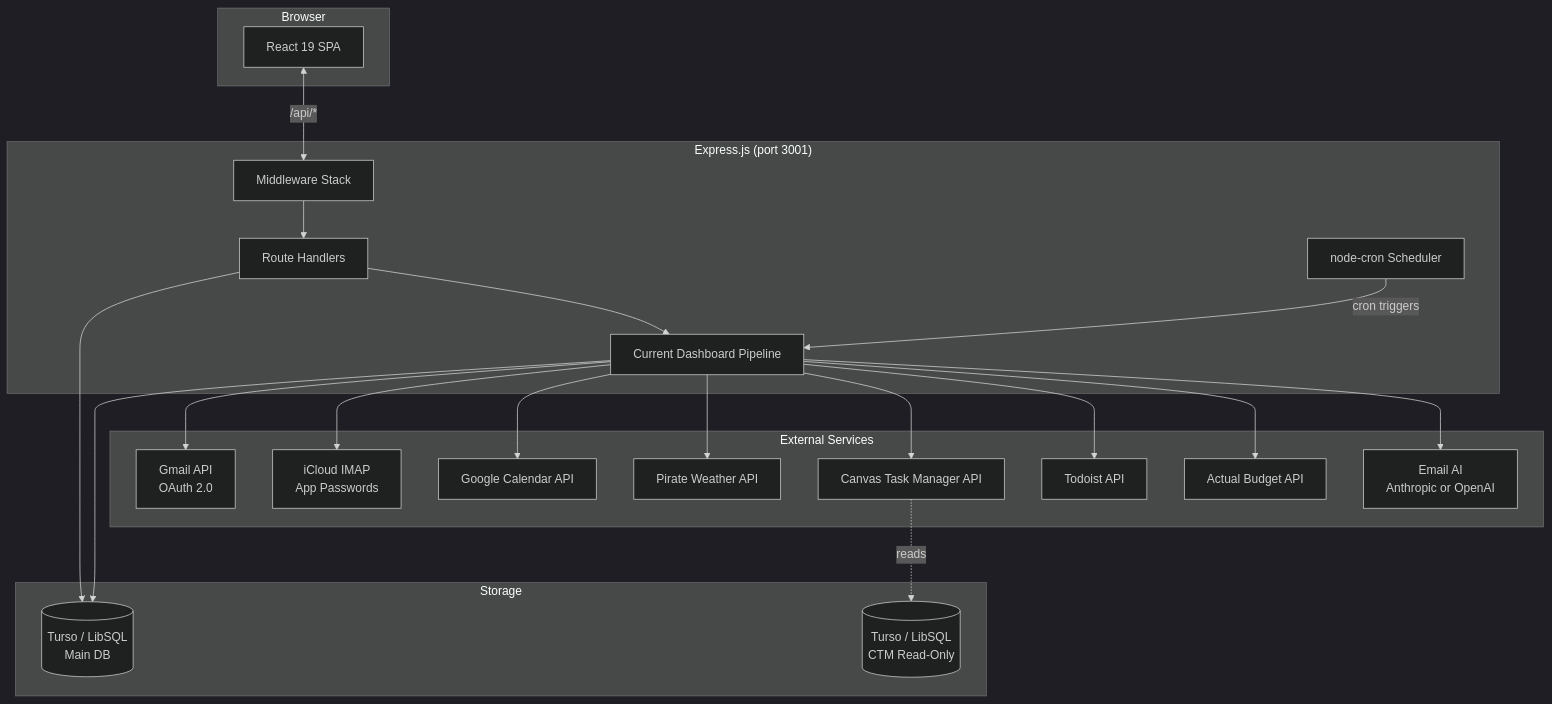
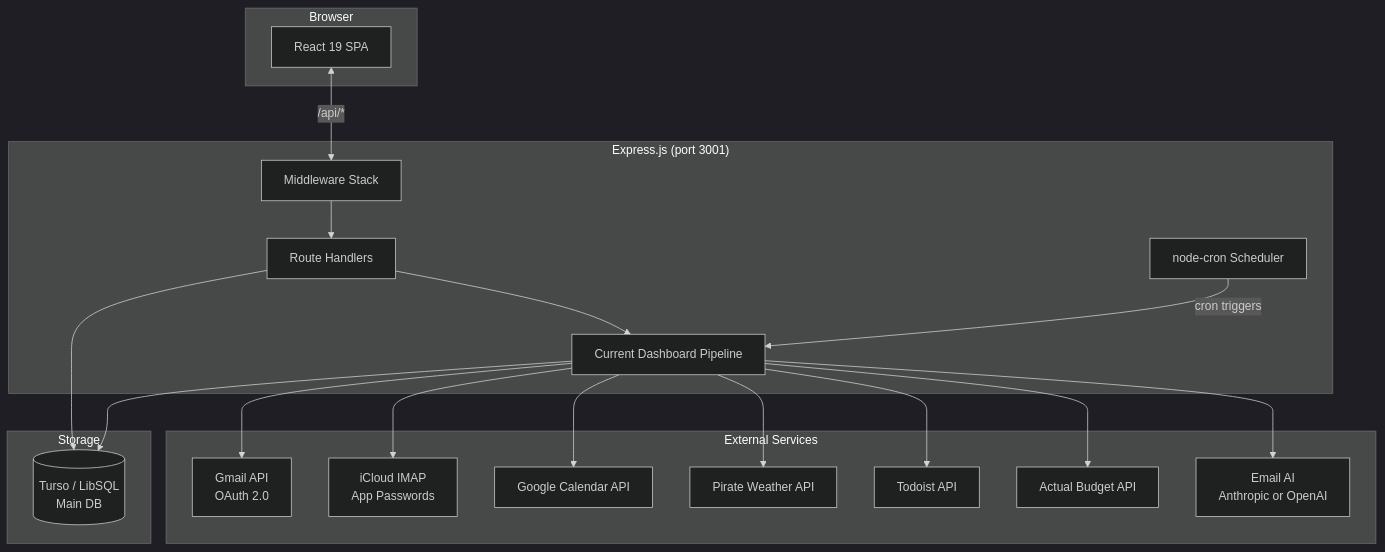
The first of 7 diagrams in ARCHITECTURE.md (ansidian/Setpoint), drawn with Mermaid (dark theme) before and after one commit. The commit also changed other lines of this file and 152 other files, not shown here.

````diff
--- a/ARCHITECTURE.md
+++ b/ARCHITECTURE.md
@@ -7,39 +7,36 @@
 ```mermaid
 graph TB
     subgraph Browser
         SPA[React 19 SPA]
     end
 
     subgraph Server["Express.js (port 3001)"]
         MW[Middleware Stack]
         Routes[Route Handlers]
         Pipeline[Current Dashboard Pipeline]
         Scheduler[node-cron Scheduler]
     end
 
     subgraph External["External Services"]
         Gmail[Gmail API<br/>OAuth 2.0]
         iCloud[iCloud IMAP<br/>App Passwords]
         GCal[Google Calendar API]
         Weather[Pirate Weather API]
-        CTM[Canvas Task Manager API]
         Todoist[Todoist API]
         Actual[Actual Budget API]
         EmailAI[Email AI<br/>Anthropic or OpenAI]
     end
 
     subgraph Storage
         Turso[(Turso / LibSQL<br/>Main DB)]
-        TursoCTM[(Turso / LibSQL<br/>CTM Read-Only)]
     end
 
     SPA <-->|/api/*| MW
     MW --> Routes
     Routes --> Pipeline
     Scheduler -->|cron triggers| Pipeline
-    Pipeline --> Gmail & iCloud & GCal & Weather & CTM & Todoist & Actual
+    Pipeline --> Gmail & iCloud & GCal & Weather & Todoist & Actual
     Pipeline --> EmailAI
     Routes --> Turso
     Pipeline --> Turso
-    CTM -.->|reads| TursoCTM
 ```
````
